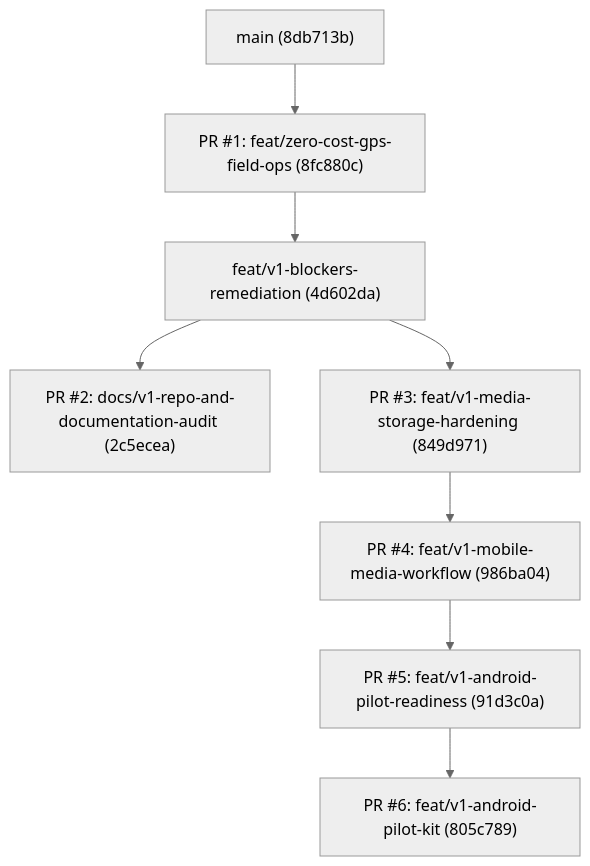
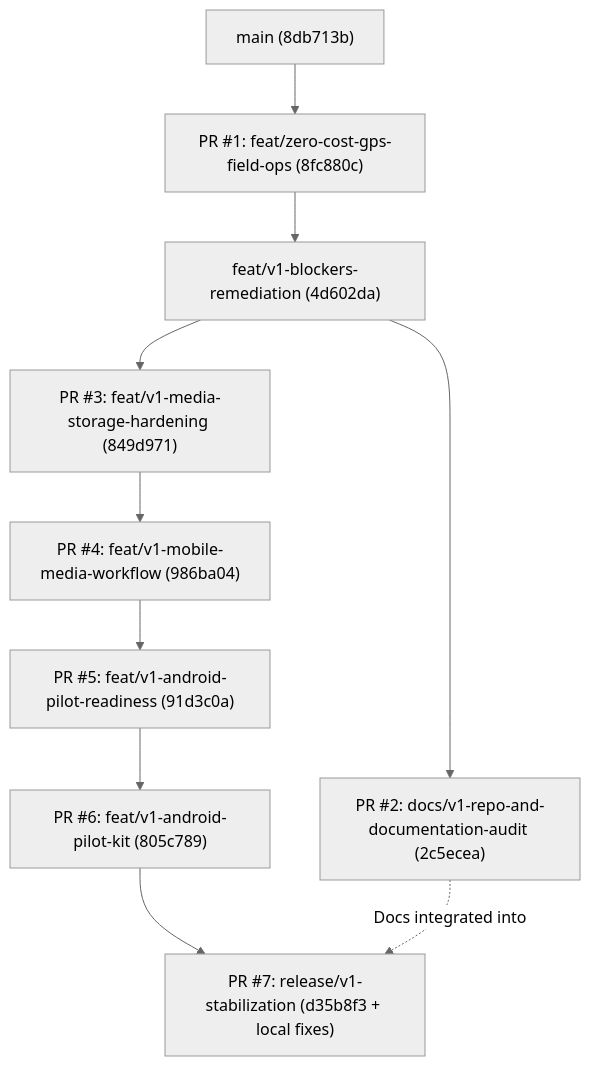
Before and after one commit to djsushilkumar/oprino: the diagram in docs/audits/PR-DEPENDENCY-MATRIX.md, drawn with Mermaid (neutral theme). The commit also changed other lines of this file and 10 other files, not shown here.

````diff
--- a/docs/audits/PR-DEPENDENCY-MATRIX.md
+++ b/docs/audits/PR-DEPENDENCY-MATRIX.md
@@ -12,10 +12,12 @@
 ```mermaid
 graph TD
     M["main (8db713b)"] --> PR1["PR #1: feat/zero-cost-gps-field-ops (8fc880c)"]
     PR1 --> BLK["feat/v1-blockers-remediation (4d602da)"]
     BLK --> PR2["PR #2: docs/v1-repo-and-documentation-audit (2c5ecea)"]
     BLK --> PR3["PR #3: feat/v1-media-storage-hardening (849d971)"]
     PR3 --> PR4["PR #4: feat/v1-mobile-media-workflow (986ba04)"]
     PR4 --> PR5["PR #5: feat/v1-android-pilot-readiness (91d3c0a)"]
     PR5 --> PR6["PR #6: feat/v1-android-pilot-kit (805c789)"]
+    PR6 --> PR7["PR #7: release/v1-stabilization (d35b8f3 + local fixes)"]
+    PR2 -.->|Docs integrated into| PR7
 ```
````
